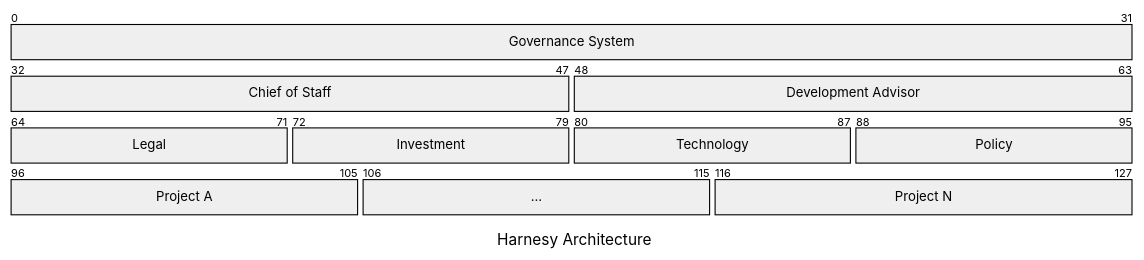
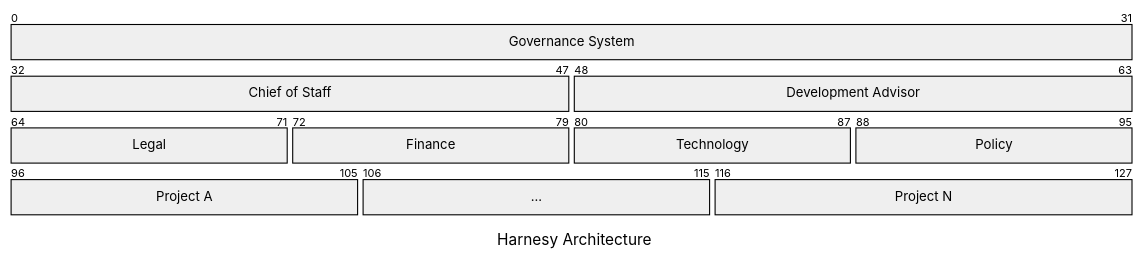
The third of 3 diagrams in profile/README.md (MarkovChenITRI/.github), drawn with Mermaid before and after one commit.

````diff
--- a/profile/README.md
+++ b/profile/README.md
@@ -105,16 +105,16 @@
 ```mermaid
 ---
 title: Harnesy Architecture
 ---
 packet
 0-31: "Governance System"
 32-47: "Chief of Staff"
 48-63: "Development Advisor"
 64-71: "Legal"
-72-79: "Investment"
+72-79: "Finance"
 80-87: "Technology"
 88-95: "Policy"
 96-105: "Project A"
 106-115: "..."
 116-127: "Project N"
 ```
````
